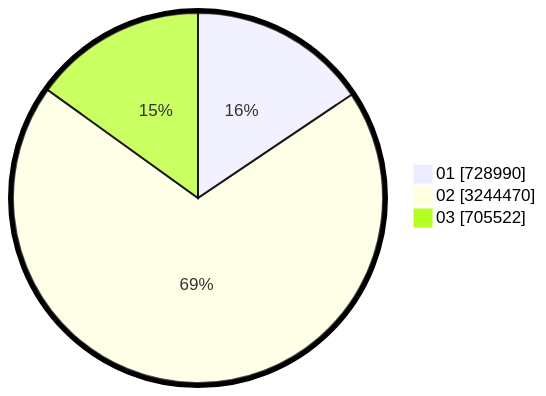
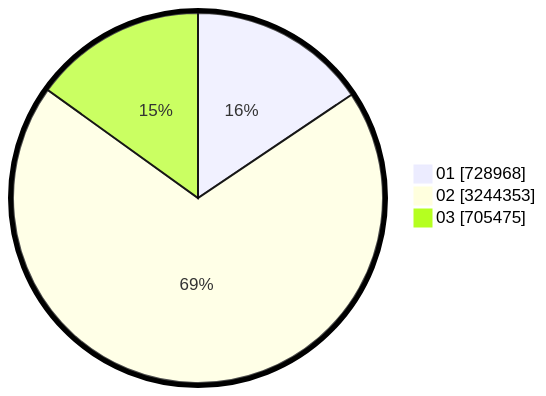
Before and after one commit to gigit-pemilu/pemilu-2024: the second of 2 diagrams in pilpres/hitung-suara/sub/table-wilayah-18.md, drawn with Mermaid. The commit also changed other lines of this file and 12 other files, not shown here.

````diff
--- a/pilpres/hitung-suara/sub/table-wilayah-18.md
+++ b/pilpres/hitung-suara/sub/table-wilayah-18.md
@@ -15,7 +15,7 @@
 ```mermaid
 %%{init: {"pie": {"textPosition": 0.5}, "themeVariables": {"pieOuterStrokeWidth": "5px"}} }%%
 pie showData
-    "01" : 728990
-    "02" : 3244470
-    "03" : 705522
+    "01" : 728968
+    "02" : 3244353
+    "03" : 705475
 ```
````
